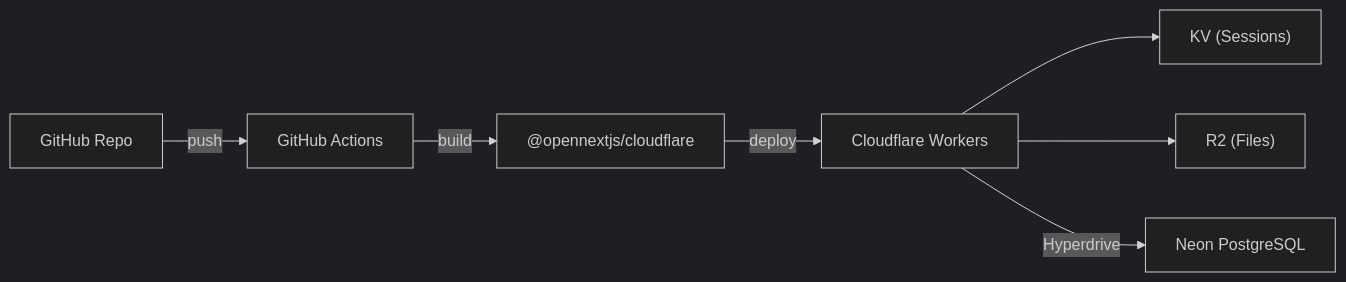
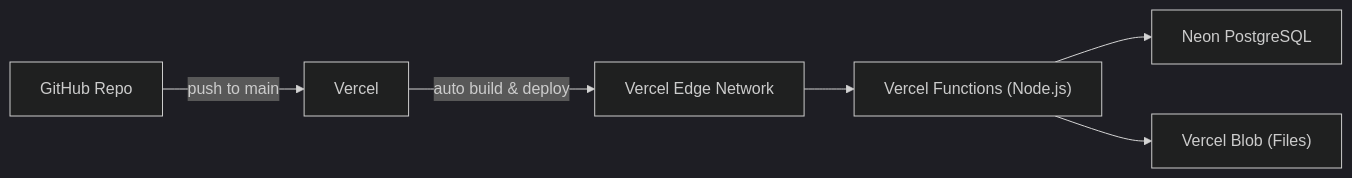
One commit to minlulin/bobsolar changed the fourth of 4 diagrams in docs/00_implementation_plan.md. Above: the diagram before and after it, drawn with Mermaid (dark theme). The commit also changed other lines of this file and 8 other files, not shown here.

````diff
--- a/docs/00_implementation_plan.md
+++ b/docs/00_implementation_plan.md
@@ -477,9 +487,8 @@
 ```mermaid
 graph LR
-    A["GitHub Repo"] -->|push| B["GitHub Actions"]
-    B -->|build| C["@opennextjs/cloudflare"]
-    C -->|deploy| D["Cloudflare Workers"]
-    D --> E["KV (Sessions)"]
-    D --> F["R2 (Files)"]
-    D -->|Hyperdrive| G["Neon PostgreSQL"]
+    A["GitHub Repo"] -->|push to main| B["Vercel"]
+    B -->|auto build & deploy| C["Vercel Edge Network"]
+    C --> D["Vercel Functions (Node.js)"]
+    D --> E["Neon PostgreSQL"]
+    D --> F["Vercel Blob (Files)"]
 ```
````
